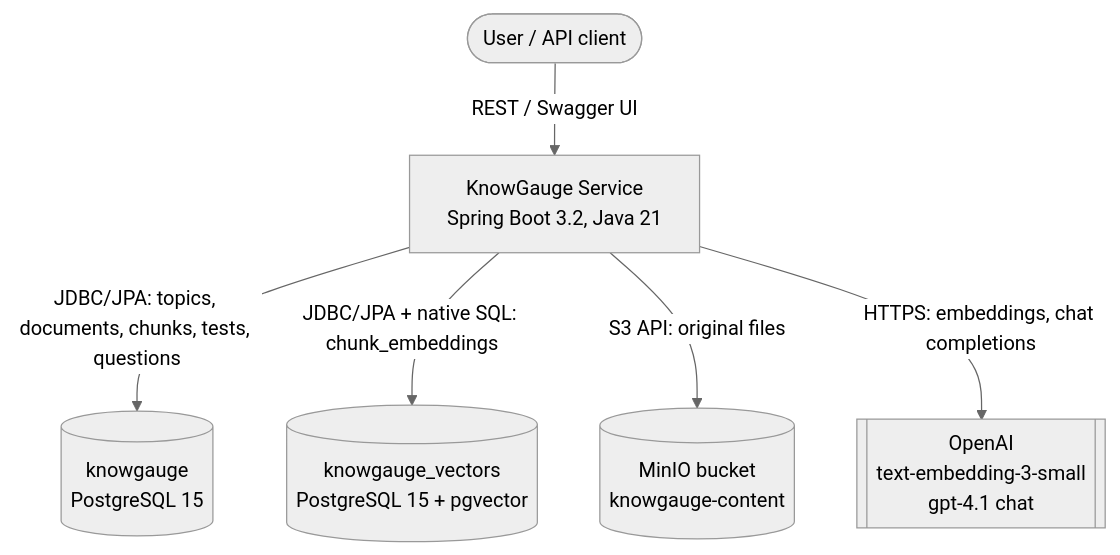
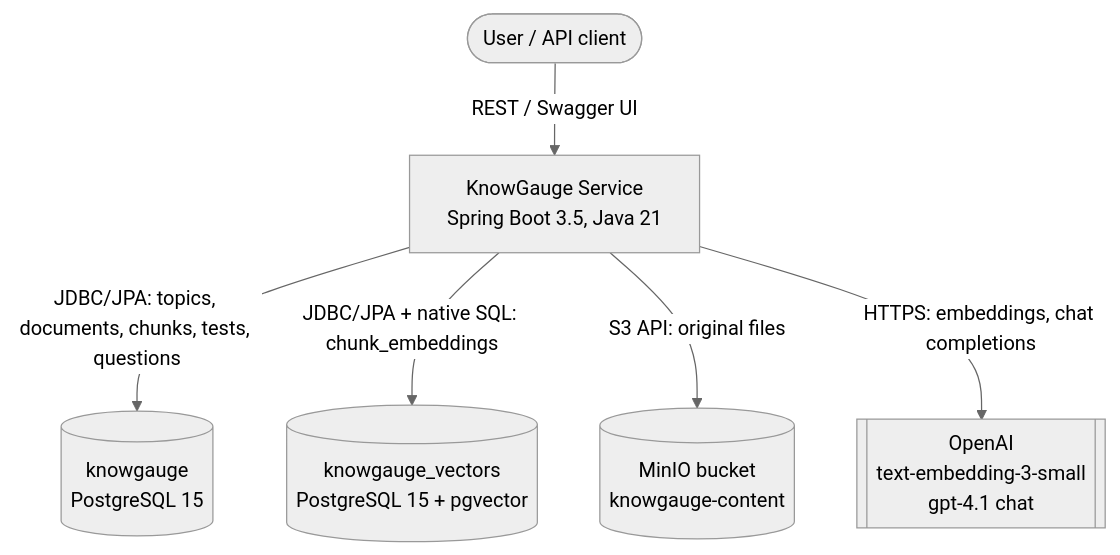
Before and after one commit to irina981/know-gauge: the first of 2 diagrams in docs/architecture/01-system-overview.md, drawn with Mermaid (neutral theme). The commit also changed other lines of this file and 4 other files, not shown here.

First line of the commit message:
docs: Update versions for the Spring Boot 3.5 upgrade

````diff
--- a/docs/architecture/01-system-overview.md
+++ b/docs/architecture/01-system-overview.md
@@ -20,15 +20,15 @@
 ```mermaid
 flowchart TB
     User([User / API client])
-    KG[KnowGauge Service<br/>Spring Boot 3.2, Java 21]
+    KG[KnowGauge Service<br/>Spring Boot 3.5, Java 21]
     OpenAI[[OpenAI<br/>text-embedding-3-small<br/>gpt-4.1 chat]]
     PG[(knowgauge<br/>PostgreSQL 15)]
     PGV[(knowgauge_vectors<br/>PostgreSQL 15 + pgvector)]
     S3[(MinIO bucket<br/>knowgauge-content)]
 
     User -- REST / Swagger UI --> KG
     KG -- JDBC/JPA: topics, documents, chunks, tests, questions --> PG
     KG -- JDBC/JPA + native SQL: chunk_embeddings --> PGV
     KG -- S3 API: original files --> S3
     KG -- HTTPS: embeddings, chat completions --> OpenAI
 ```
````
